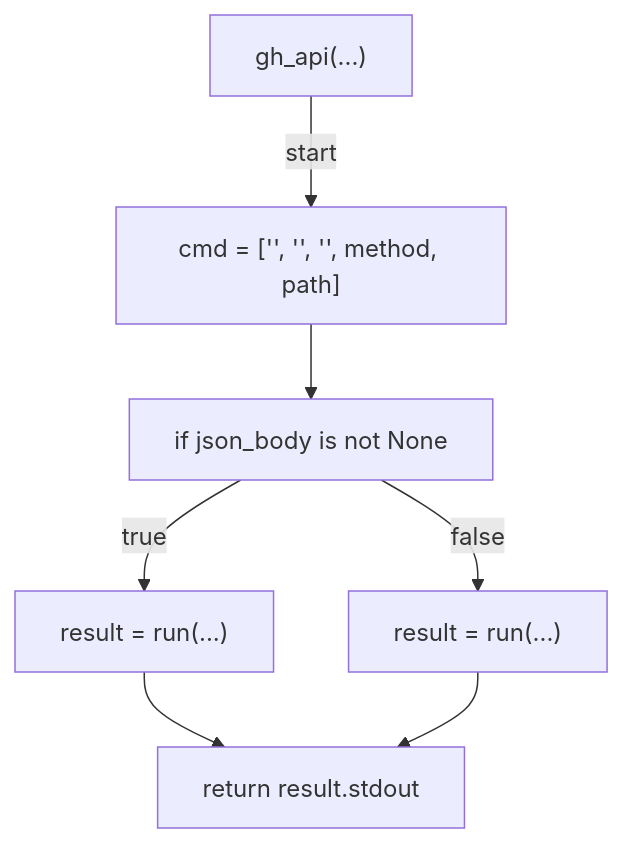
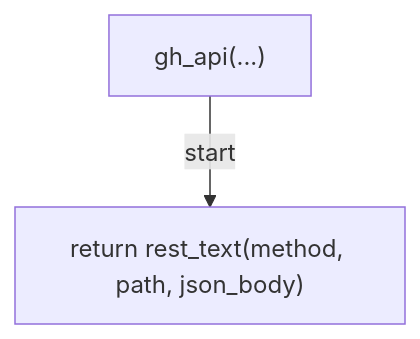
One commit to tvna/claude-md changed the ninth of 17 diagrams in docs/generated/scripts/ast/scan_non_ascii.md. Above: the diagram before and after it, drawn with Mermaid. The commit also changed other lines of this file and 15 other files, not shown here.

First line of the commit message:
docs(generated): regenerate decision tree and workflow diagrams

````diff
--- a/docs/generated/scripts/ast/scan_non_ascii.md
+++ b/docs/generated/scripts/ast/scan_non_ascii.md
@@ -167,15 +167,6 @@
 ```mermaid
 flowchart TD
     N001["gh_api(...)"]
-    N002["cmd = ['<str>', '<str>', '<str>', method, path]"]
-    N003["if json_body is not None"]
-    N004["result = run(...)"]
-    N005["result = run(...)"]
-    N006["return result.stdout"]
+    N002["return rest_text(method, path, json_body)"]
     N001 -->|"start"| N002
-    N002 --> N003
-    N003 -->|"true"| N004
-    N003 -->|"false"| N005
-    N004 --> N006
-    N005 --> N006
 ```
````
